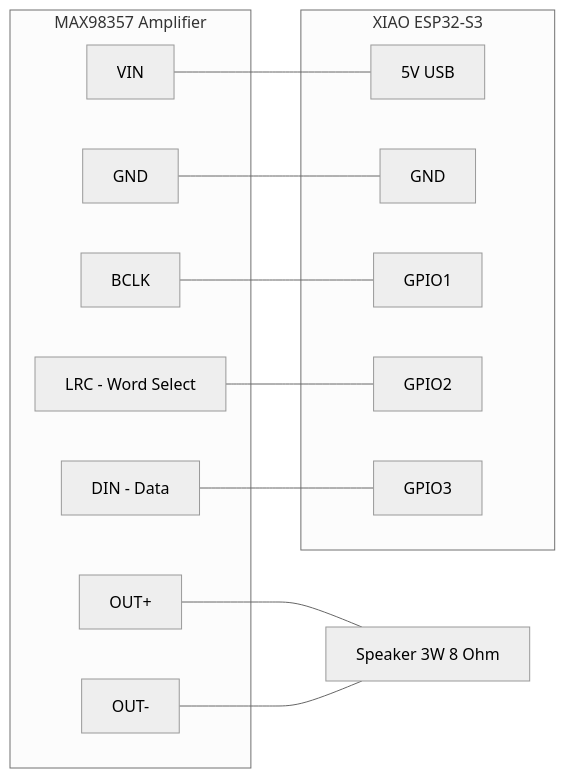
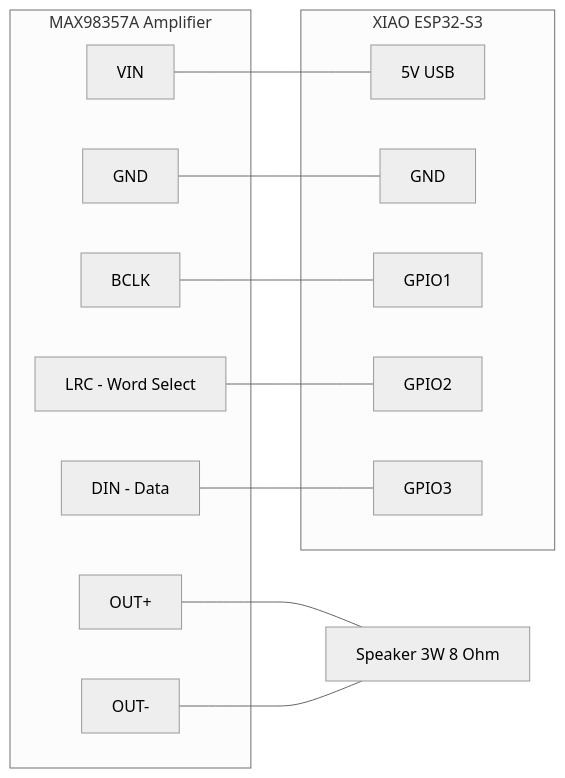
One commit to zabbix-byte/real-tars changed the fourth of 6 diagrams in PHASE2_SENSES.md. Above: the diagram before and after it, drawn with Mermaid (neutral theme). The commit also changed other lines of this file and 6 other files, not shown here.

````diff
--- a/PHASE2_SENSES.md
+++ b/PHASE2_SENSES.md
@@ -217,30 +231,30 @@
 ```mermaid
 graph LR
-    subgraph AMP["MAX98357 Amplifier"]
+    subgraph AMP["MAX98357A Amplifier"]
         A_VIN["VIN"]
         A_GND["GND"]
         A_BCLK["BCLK"]
         A_LRC["LRC - Word Select"]
         A_DIN["DIN - Data"]
         A_OUTP["OUT+"]
         A_OUTN["OUT-"]
     end
 
     subgraph ESP32["XIAO ESP32-S3"]
         E_5V["5V USB"]
         E_GND["GND"]
         E_G1["GPIO1"]
         E_G2["GPIO2"]
         E_G3["GPIO3"]
     end
 
     SPK["Speaker 3W 8 Ohm"]
 
     A_VIN --- E_5V
     A_GND --- E_GND
     A_BCLK --- E_G1
     A_LRC --- E_G2
     A_DIN --- E_G3
     A_OUTP --- SPK
     A_OUTN --- SPK
 ```
````
